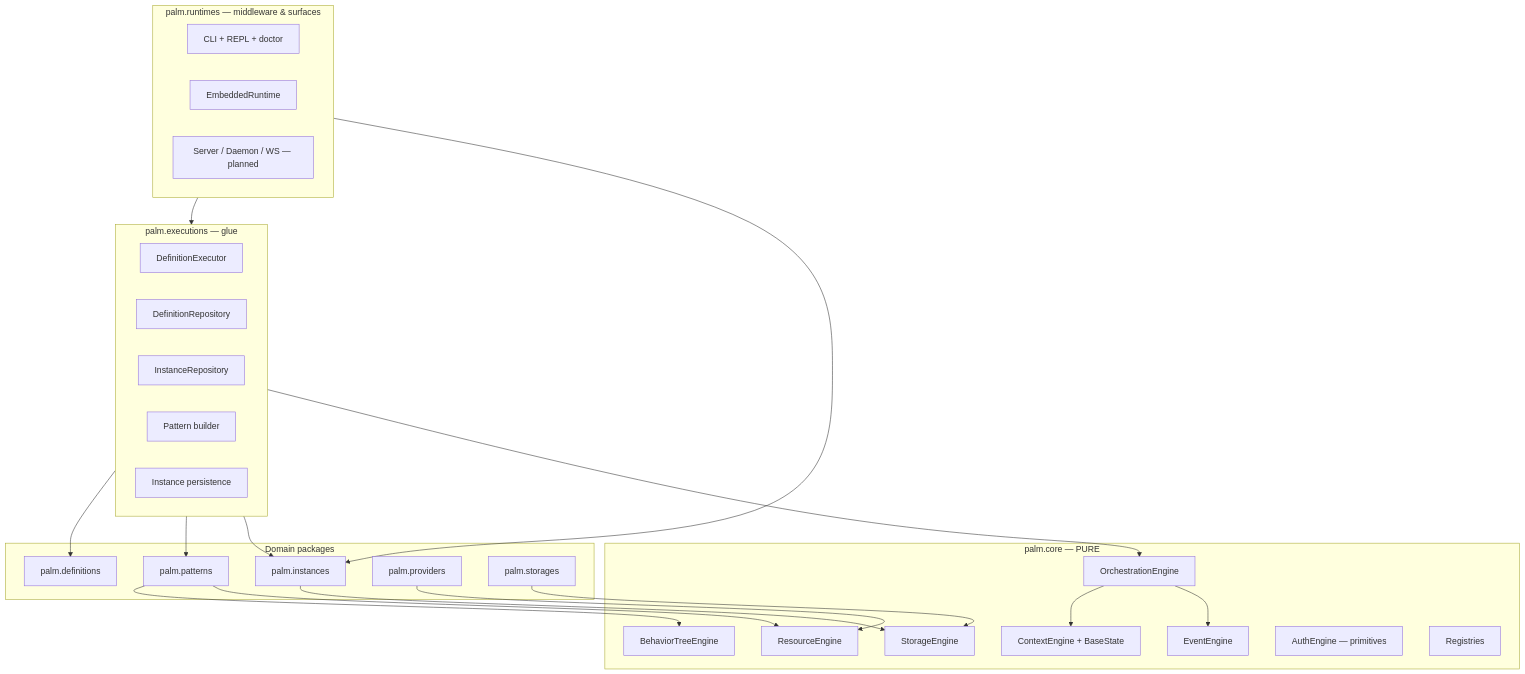
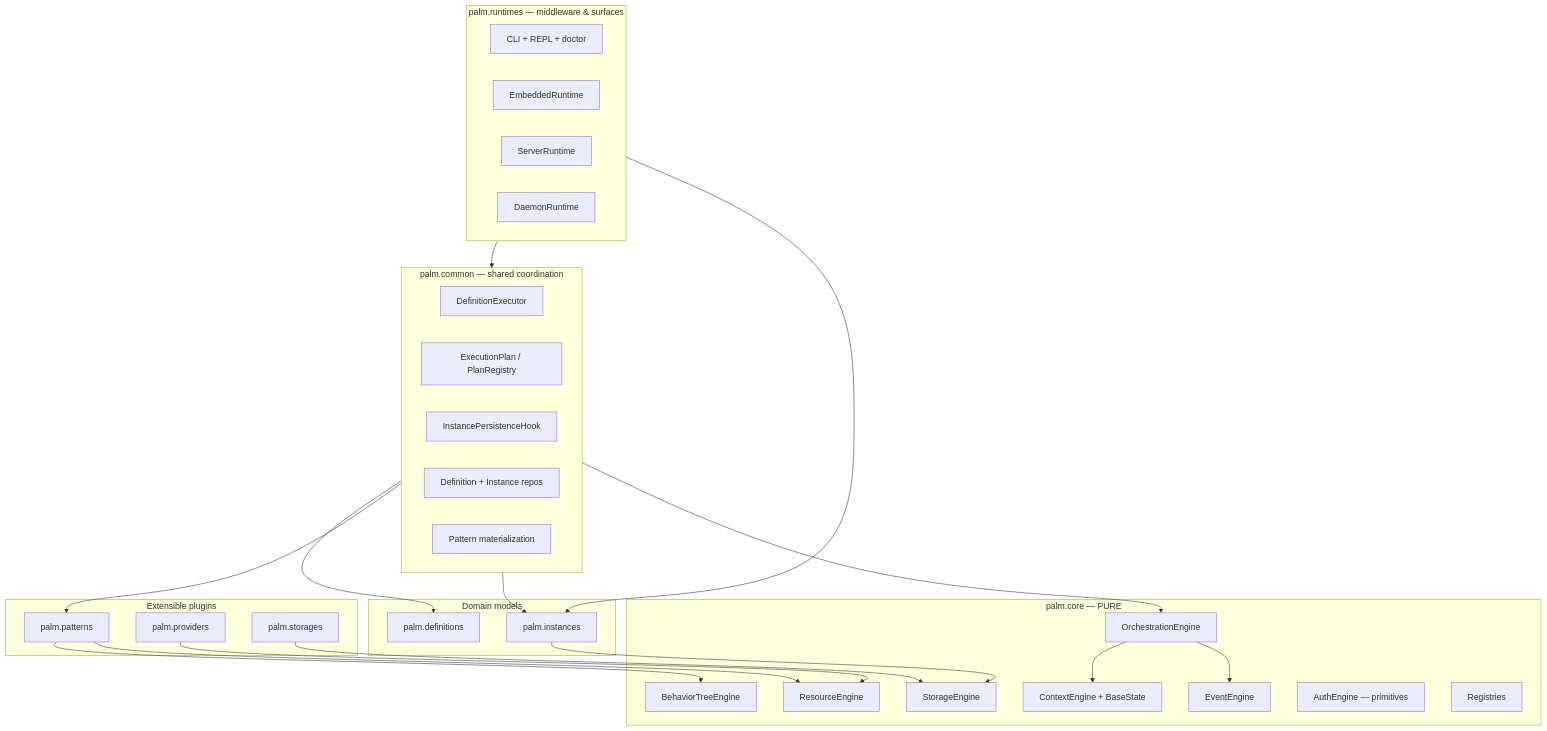
Before and after one commit to JGabrielGruber/palmengine: the first of 3 diagrams in ARCHITECTURE.md, drawn with Mermaid. The commit also changed other lines of this file and 52 other files, not shown here.

````diff
--- a/ARCHITECTURE.md
+++ b/ARCHITECTURE.md
@@ -23,49 +23,53 @@
 ```mermaid
 flowchart TB
     subgraph Runtimes["palm.runtimes — middleware & surfaces"]
         cli[CLI + REPL + doctor]
         embedded[EmbeddedRuntime]
-        future[Server / Daemon / WS — planned]
+        server[ServerRuntime]
+        daemon[DaemonRuntime]
     end
 
-    subgraph Executions["palm.executions — glue"]
+    subgraph Common["palm.common — shared coordination"]
         exec[DefinitionExecutor]
-        repo[DefinitionRepository]
-        inst_repo[InstanceRepository]
-        builder[Pattern builder]
-        events[Instance persistence]
+        plans[ExecutionPlan / PlanRegistry]
+        hooks[InstancePersistenceHook]
+        persist[Definition + Instance repos]
+        builder[Pattern materialization]
     end
 
-    subgraph Domain["Domain packages"]
-        instances[palm.instances]
-        definitions[palm.definitions]
+    subgraph Plugins["Extensible plugins"]
         patterns[palm.patterns]
         providers[palm.providers]
         storages[palm.storages]
+    end
+
+    subgraph Domain["Domain models"]
+        instances[palm.instances]
+        definitions[palm.definitions]
     end
 
     subgraph Core["palm.core — PURE"]
         bt[BehaviorTreeEngine]
         orch[OrchestrationEngine]
         ctx[ContextEngine + BaseState]
         sto[StorageEngine]
         res[ResourceEngine]
         evt[EventEngine]
         auth[AuthEngine — primitives]
         reg[Registries]
     end
 
-    Runtimes --> Executions
+    Runtimes --> Common
     Runtimes --> instances
-    Executions --> definitions
-    Executions --> patterns
-    Executions --> instances
+    Common --> definitions
+    Common --> patterns
+    Common --> instances
     patterns --> bt
     patterns --> res
     instances --> sto
     providers --> res
     storages --> sto
-    Executions --> orch
+    Common --> orch
     orch --> ctx
     orch --> evt
 ```
````
